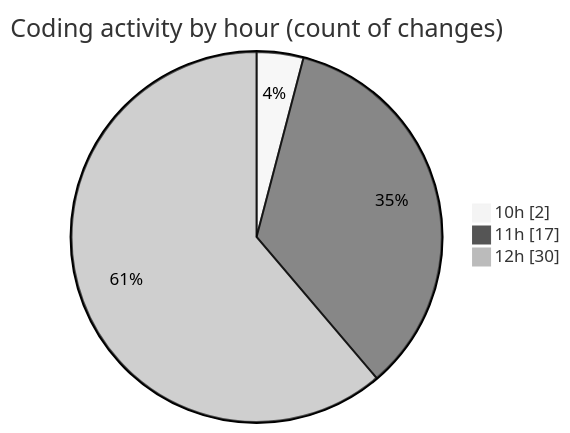
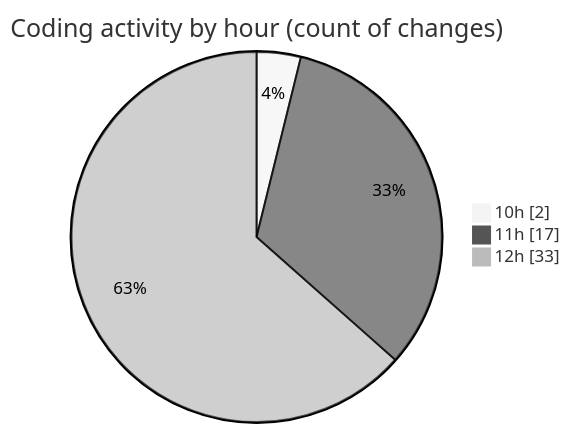
Before and after one commit to nxtqubesakshisongat/code-tracking: the second of 2 diagrams in 2025-05-14/argos-dev/README.md, drawn with Mermaid (neutral theme). The commit also changed other lines of this file and 1 other file, not shown here.

````diff
--- a/2025-05-14/argos-dev/README.md
+++ b/2025-05-14/argos-dev/README.md
@@ -32,7 +32,7 @@
 ```mermaid
 pie showData
 title Coding activity by hour (count of changes)
 "10h" : 2
 "11h" : 17
-"12h" : 30
+"12h" : 33
 ```
````
